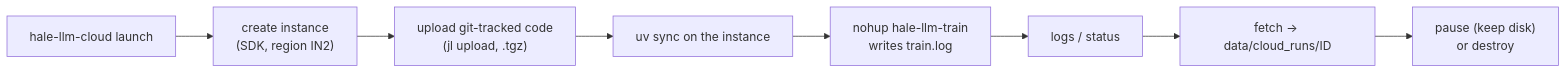
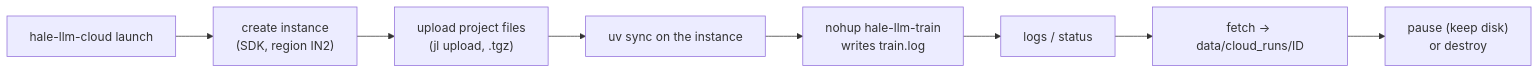
Before and after one commit to basaanithanaveenkumar/Hale-LLM: the diagram in docs/jarvislabs.md, drawn with Mermaid. The commit also changed other lines of this file and 8 other files, not shown here.

````diff
--- a/docs/jarvislabs.md
+++ b/docs/jarvislabs.md
@@ -6,10 +6,10 @@
 ```mermaid
 flowchart LR
   L["hale-llm-cloud launch"] --> C["create instance<br/>(SDK, region IN2)"]
-  C --> U["upload git-tracked code<br/>(jl upload, .tgz)"]
+  C --> U["upload project files<br/>(jl upload, .tgz)"]
   U --> I["uv sync on the instance"]
   I --> T["nohup hale-llm-train<br/>writes train.log"]
   T --> F["logs / status"]
   F --> D["fetch -> data/cloud_runs/ID"]
   D --> P["pause (keep disk)<br/>or destroy"]
 ```
````
